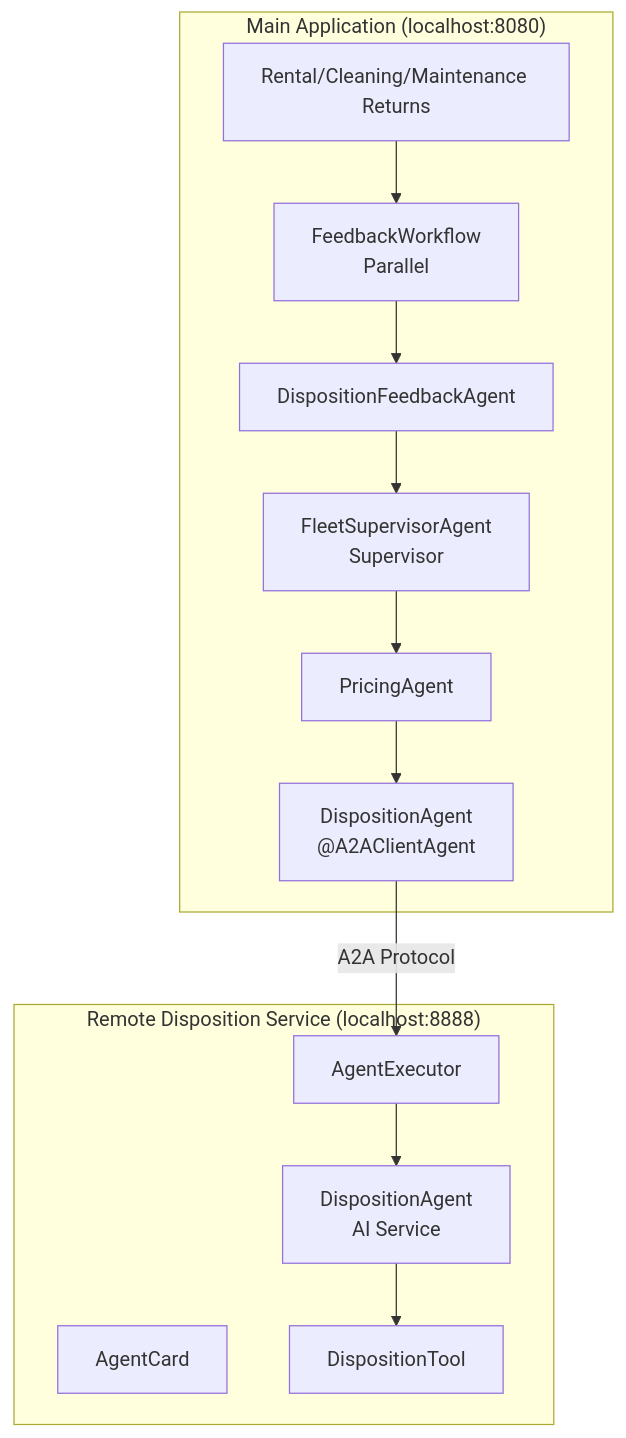
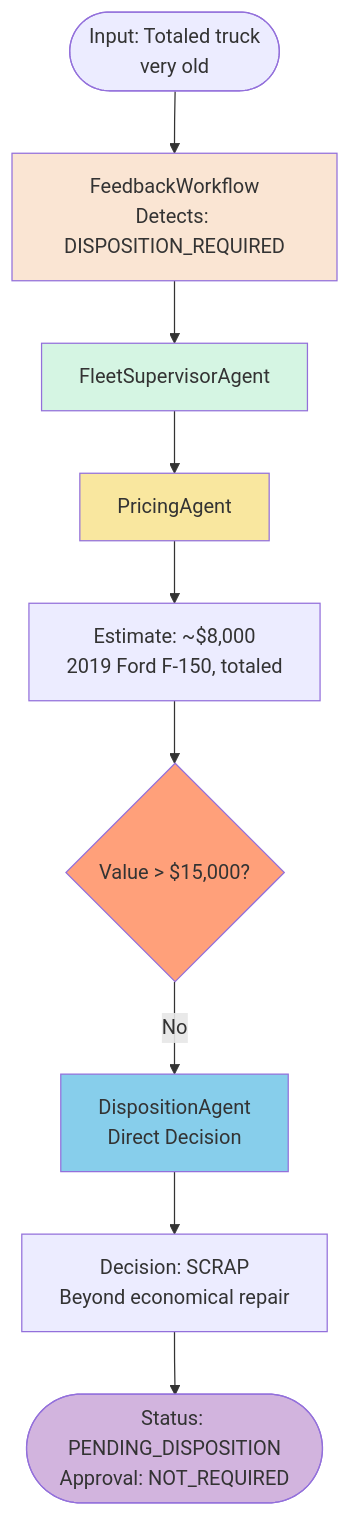
The fifth of 6 diagrams in docs/docs/section-2/step-05.md (quarkusio/quarkus-workshop-langchain4j), drawn with Mermaid before and after one commit. The commit also changed other lines of this file and 104 other files, not shown here.

````diff
--- a/docs/docs/section-2/step-05.md
+++ b/docs/docs/section-2/step-05.md
@@ -138,30 +456,23 @@
 ```mermaid
-graph TD
-    subgraph "Main Application (localhost:8080)"
-        R[Rental/Cleaning/Maintenance Returns]
-        FW[FeedbackWorkflow<br/>Parallel]
-        DFA[DispositionFeedbackAgent]
-        FSA[FleetSupervisorAgent<br/>Supervisor]
-        PA[PricingAgent]
-        DAC["DispositionAgent<br/>@A2AClientAgent"]
+flowchart TD
+    Start([Input: Totaled truck<br/>very old])
 
-        R --> FW
-        FW --> DFA
-        DFA --> FSA
-        FSA --> PA
-        PA --> DAC
-    end
+    Start --> FW[FeedbackWorkflow<br/>Detects: DISPOSITION_REQUIRED]
 
-    subgraph "Remote Disposition Service (localhost:8888)"
-        AC[AgentCard]
-        AE[AgentExecutor]
-        DAI[DispositionAgent<br/>AI Service]
-        DT[DispositionTool]
+    FW --> FSA[FleetSupervisorAgent]
+    FSA --> PA[PricingAgent]
+    PA --> Value[Estimate: ~$8,000<br/>2019 Ford F-150, totaled]
 
-        AE --> DAI
-        DAI --> DT
-    end
+    Value --> Check{Value > $15,000?}
+    Check -->|No| Direct[DispositionAgent<br/>Direct Decision]
+    Direct --> Decision[Decision: SCRAP<br/>Beyond economical repair]
 
-    DAC -->|A2A Protocol| AE
+    Decision --> Result([Status: PENDING_DISPOSITION<br/>Approval: NOT_REQUIRED])
 
+    style FW fill:#FAE5D3
+    style FSA fill:#D5F5E3
+    style PA fill:#F9E79F
+    style Direct fill:#87CEEB
+    style Check fill:#FFA07A
+    style Result fill:#D2B4DE
 ```
````
